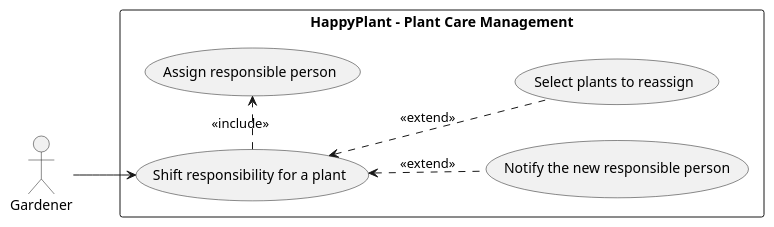
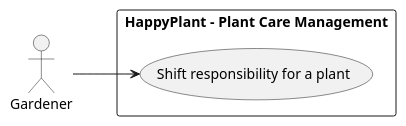
One commit to jakub-mata/uvod-do-soft-eng changed the diagram in docs/uml/use-case-008-uml.plantuml. Above: the diagram before and after it, drawn with PlantUML. The commit also changed 7 other files, not shown here.

Commit message:
Simplify use case diagrams

```diff
--- a/docs/uml/use-case-008-uml.plantuml
+++ b/docs/uml/use-case-008-uml.plantuml
@@ -1,26 +1,13 @@
 @startuml
 left to right direction
 actor "Gardener" as AC_G
 
 rectangle "HappyPlant - Plant Care Management" {
     usecase "Shift responsibility for a plant" as UC_ANP
-    usecase "Assign responsible person" as UC_ARM
-    usecase "Notify the new responsible person" as UC_IPM
-    usecase "Select plants to reassign" as UC_SPR
 
 }
-
-' Assigning new responsible member
-UC_ANP .r.> UC_ARM : <<include>>
-
-' Notification of the new responsible person
-UC_IPM .u.> UC_ANP : <<extend>>
-
-' Selecting the group of plants
-UC_SPR .u.> UC_ANP :<<extend>>
-
 
 ' The actor initiates the adding operation
 AC_G --> UC_ANP
 
 @enduml
```
